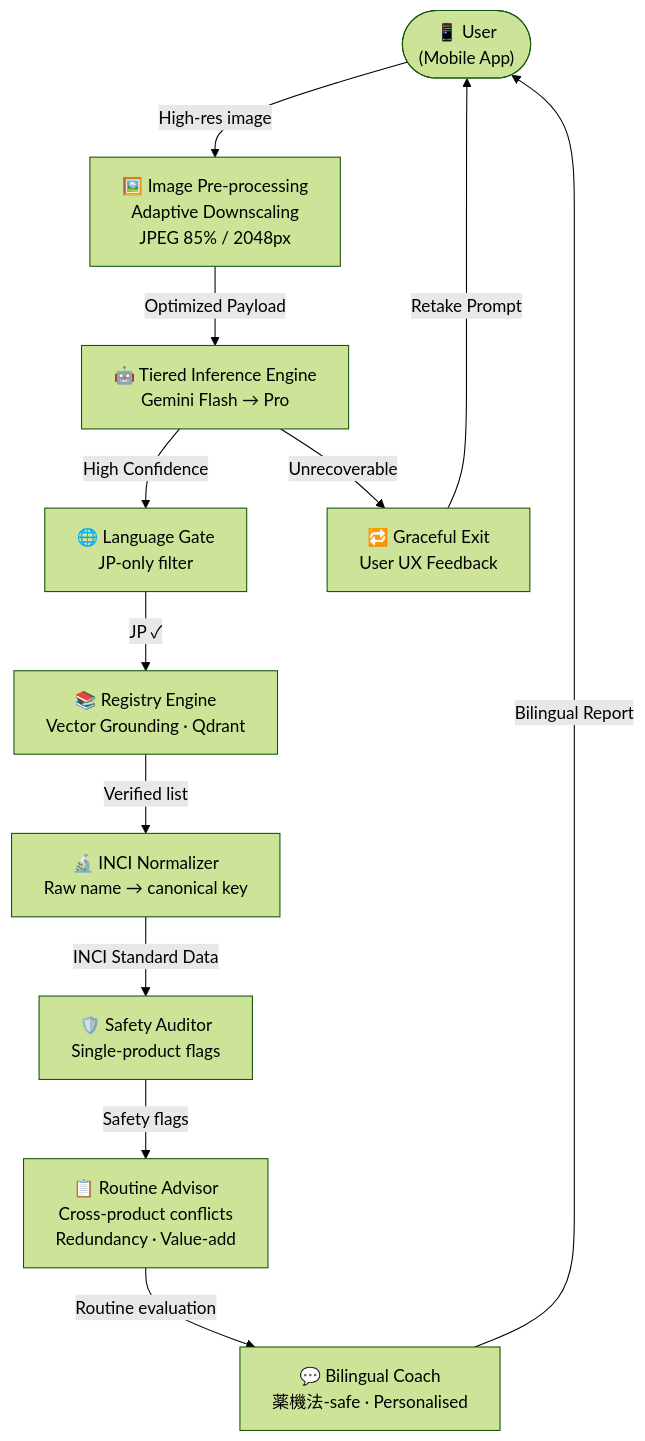
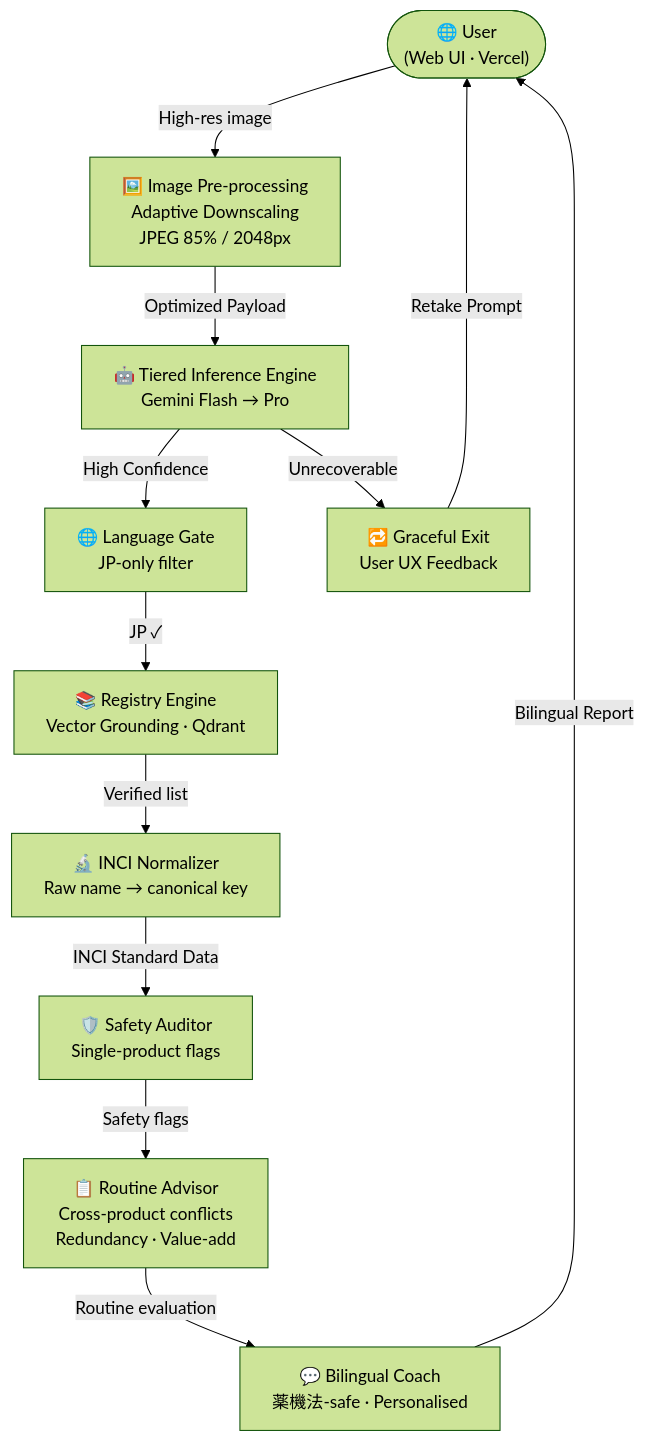
One commit to dvallslanaquera/skingraph changed the fourth of 6 diagrams in README.md. Above: the diagram before and after it, drawn with Mermaid (forest theme). The commit also changed other lines of this file and 3 other files, not shown here.

````diff
--- a/README.md
+++ b/README.md
@@ -458,25 +500,25 @@
 ```mermaid
 flowchart TB
-    User(["📱 User\n(Mobile App)"])
+    User(["🌐 User\n(Web UI · Vercel)"])
     Ingest["🖼️ Image Pre-processing\nAdaptive Downscaling\nJPEG 85% / 2048px"]
     VLM["🤖 Tiered Inference Engine\nGemini Flash → Pro"]
     LangGate["🌐 Language Gate\nJP-only filter"]
     Registry["📚 Registry Engine\nVector Grounding · Qdrant"]
     Normalizer["🔬 INCI Normalizer\nRaw name → canonical key"]
     Auditor["🛡️ Safety Auditor\nSingle-product flags"]
     RoutineAdvisor["📋 Routine Advisor\nCross-product conflicts\nRedundancy · Value-add"]
     Coach["💬 Bilingual Coach\n薬機法-safe · Personalised"]
     Retake["🔁 Graceful Exit\nUser UX Feedback"]
 
     User -->|"High-res image"| Ingest
     Ingest -->|"Optimized Payload"| VLM
     VLM -->|"High Confidence"| LangGate
     VLM -->|"Unrecoverable"| Retake
     LangGate -->|"JP ✓"| Registry
     Registry -->|"Verified list"| Normalizer
     Normalizer -->|"INCI Standard Data"| Auditor
     Auditor -->|"Safety flags"| RoutineAdvisor
     RoutineAdvisor -->|"Routine evaluation"| Coach
     Coach -->|"Bilingual Report"| User
     Retake -->|"Retake Prompt"| User
 ```
````
